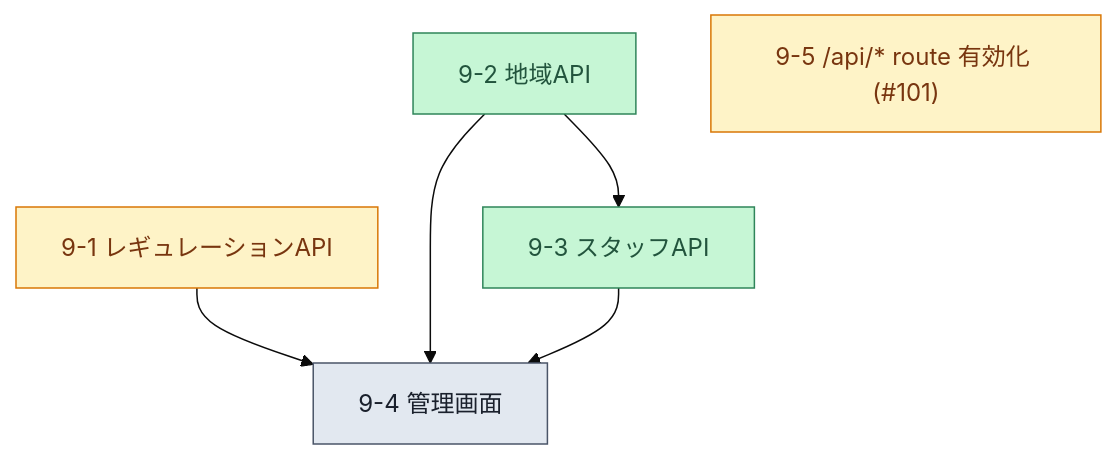
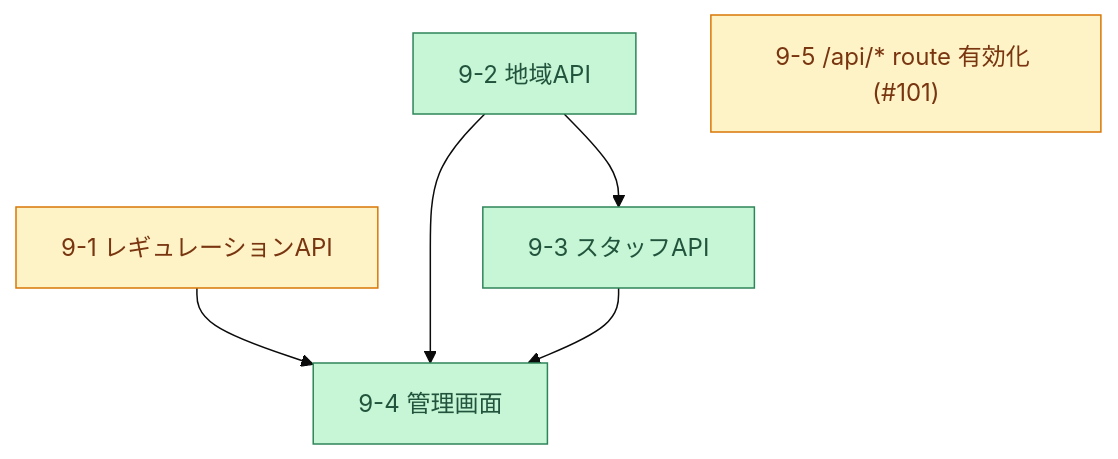
Before and after one commit to m-uesaka/regional-quiz-entry-form: the ninth of 12 diagrams in tasks.md, drawn with Mermaid (base theme). The commit also changed other lines of this file and 29 other files, not shown here.

````diff
--- a/tasks.md
+++ b/tasks.md
@@ -210,12 +210,12 @@
 ```mermaid
 graph TD
-  T91["9-1 レギュレーションAPI"]:::next --> T94["9-4 管理画面"]:::todo
+  T91["9-1 レギュレーションAPI"]:::next --> T94["9-4 管理画面"]:::done
   T92["9-2 地域API"]:::done --> T93["9-3 スタッフAPI"]:::done
   T92 --> T94
   T93 --> T94
   T95["9-5 /api/* route 有効化 (#101)"]:::next
 
   classDef done fill:#c6f6d5,stroke:#2f855a,color:#22543d;
   classDef todo fill:#e2e8f0,stroke:#4a5568,color:#1a202c;
   classDef next fill:#fef3c7,stroke:#d97706,color:#78350f;
 ```
````
